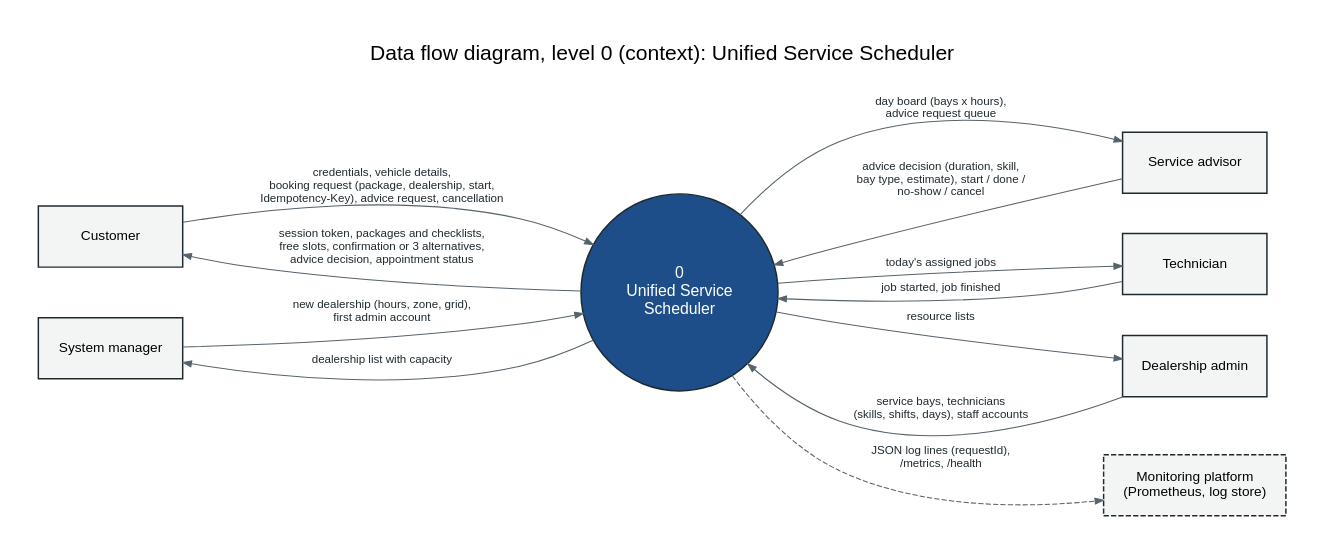
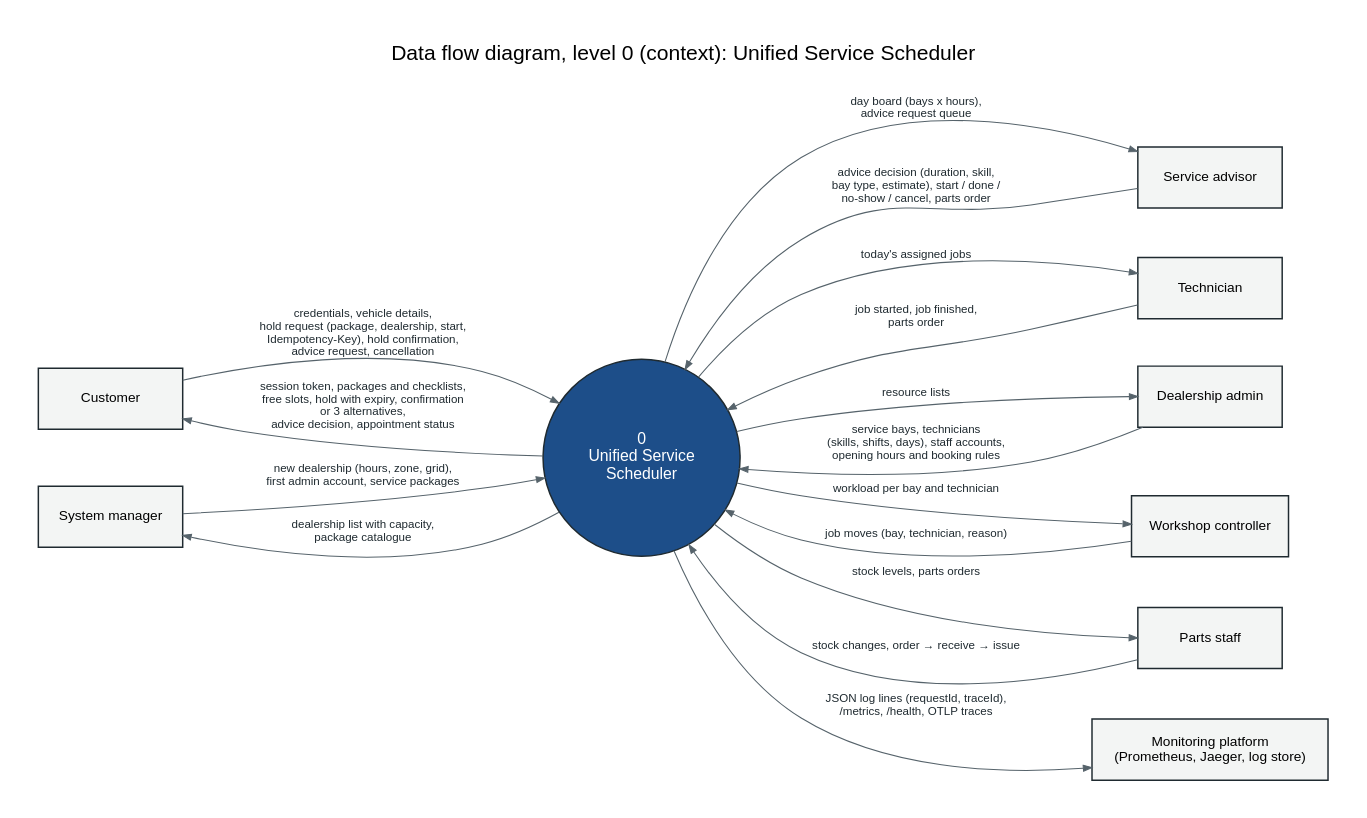
The diagram in docs/diagrams/dfd-context.dot (Buithienphuoc/Keyloop-challenge-case-A), drawn with Graphviz before and after one commit. The commit also changed 79 other files, not shown here.

First line of the commit message:
docs: sync diagrams, SRS and technical document with the code; add second SOLID review

```diff
--- a/docs/diagrams/dfd-context.dot
+++ b/docs/diagrams/dfd-context.dot
@@ -1,38 +1,46 @@
 // Data flow diagram, level 0 (context). Render: dot -Tpng -Gdpi=150 dfd-context.dot -o dfd-context.png
 digraph context {
   graph [rankdir=LR, fontname="Helvetica", fontsize=20, labelloc=t, nodesep=0.5, ranksep=1.6, pad=0.4,
          label="Data flow diagram, level 0 (context): Unified Service Scheduler\n\n"];
   node  [fontname="Helvetica", fontsize=13, color="#1F2A30", penwidth=1.4];
   edge  [fontname="Helvetica", fontsize=11, color="#56636B", fontcolor="#1F2A30", arrowsize=0.8];
 
   node [shape=box, style=filled, fillcolor="#F3F5F4", width=1.9, height=0.8];
   customer   [label="Customer"];
   advisor    [label="Service advisor"];
   technician [label="Technician"];
   admin      [label="Dealership admin"];
   sysmgr     [label="System manager"];
-  monitor    [label="Monitoring platform\n(Prometheus, log store)", style="filled,dashed"];
+  controller [label="Workshop controller"];
+  partsStaff [label="Parts staff"];
+  monitor    [label="Monitoring platform\n(Prometheus, Jaeger, log store)"];
 
   system [shape=circle, style=filled, fillcolor="#1D4E89", fontcolor=white, fontsize=15, width=2.6, fixedsize=true,
           label="0\nUnified Service\nScheduler"];
 
   { rank=same; customer; sysmgr; }
-  { rank=same; advisor; technician; admin; monitor; }
+  { rank=same; advisor; technician; admin; controller; partsStaff; monitor; }
 
-  customer -> system [label="credentials, vehicle details,\nbooking request (package, dealership, start,\nIdempotency-Key), advice request, cancellation"];
-  system -> customer [label="session token, packages and checklists,\nfree slots, confirmation or 3 alternatives,\nadvice decision, appointment status"];
+  customer -> system [label="credentials, vehicle details,\nhold request (package, dealership, start,\nIdempotency-Key), hold confirmation,\nadvice request, cancellation"];
+  system -> customer [label="session token, packages and checklists,\nfree slots, hold with expiry, confirmation\nor 3 alternatives,\nadvice decision, appointment status"];
 
-  sysmgr -> system [label="new dealership (hours, zone, grid),\nfirst admin account"];
-  system -> sysmgr [label="dealership list with capacity"];
+  sysmgr -> system [label="new dealership (hours, zone, grid),\nfirst admin account, service packages"];
+  system -> sysmgr [label="dealership list with capacity,\npackage catalogue"];
 
   system -> advisor [label="day board (bays x hours),\nadvice request queue"];
-  advisor -> system [label="advice decision (duration, skill,\nbay type, estimate), start / done /\nno-show / cancel"];
+  advisor -> system [label="advice decision (duration, skill,\nbay type, estimate), start / done /\nno-show / cancel, parts order"];
 
   system -> technician [label="today's assigned jobs"];
-  technician -> system [label="job started, job finished"];
+  technician -> system [label="job started, job finished,\nparts order"];
 
-  admin -> system [label="service bays, technicians\n(skills, shifts, days), staff accounts"];
+  system -> controller [label="workload per bay and technician"];
+  controller -> system [label="job moves (bay, technician, reason)"];
+
+  system -> partsStaff [label="stock levels, parts orders"];
+  partsStaff -> system [label="stock changes, order → receive → issue"];
+
+  admin -> system [label="service bays, technicians\n(skills, shifts, days), staff accounts,\nopening hours and booking rules"];
   system -> admin [label="resource lists"];
 
-  system -> monitor [label="JSON log lines (requestId),\n/metrics, /health", style=dashed];
+  system -> monitor [label="JSON log lines (requestId, traceId),\n/metrics, /health, OTLP traces"];
 }
```
